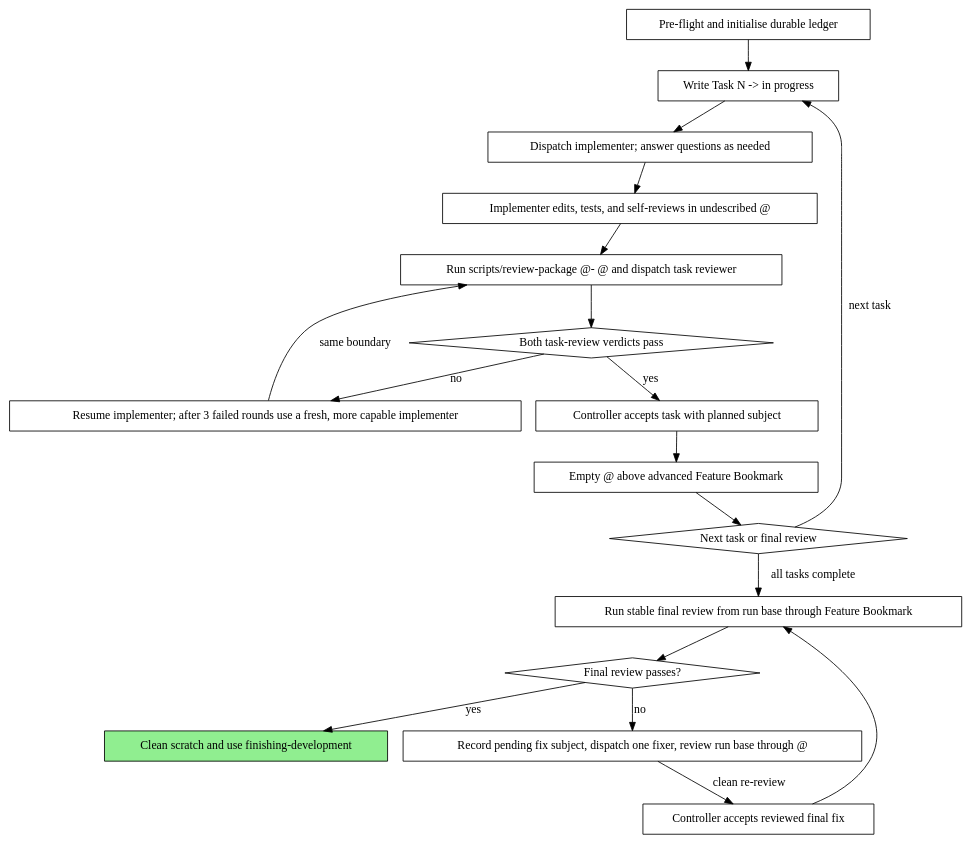
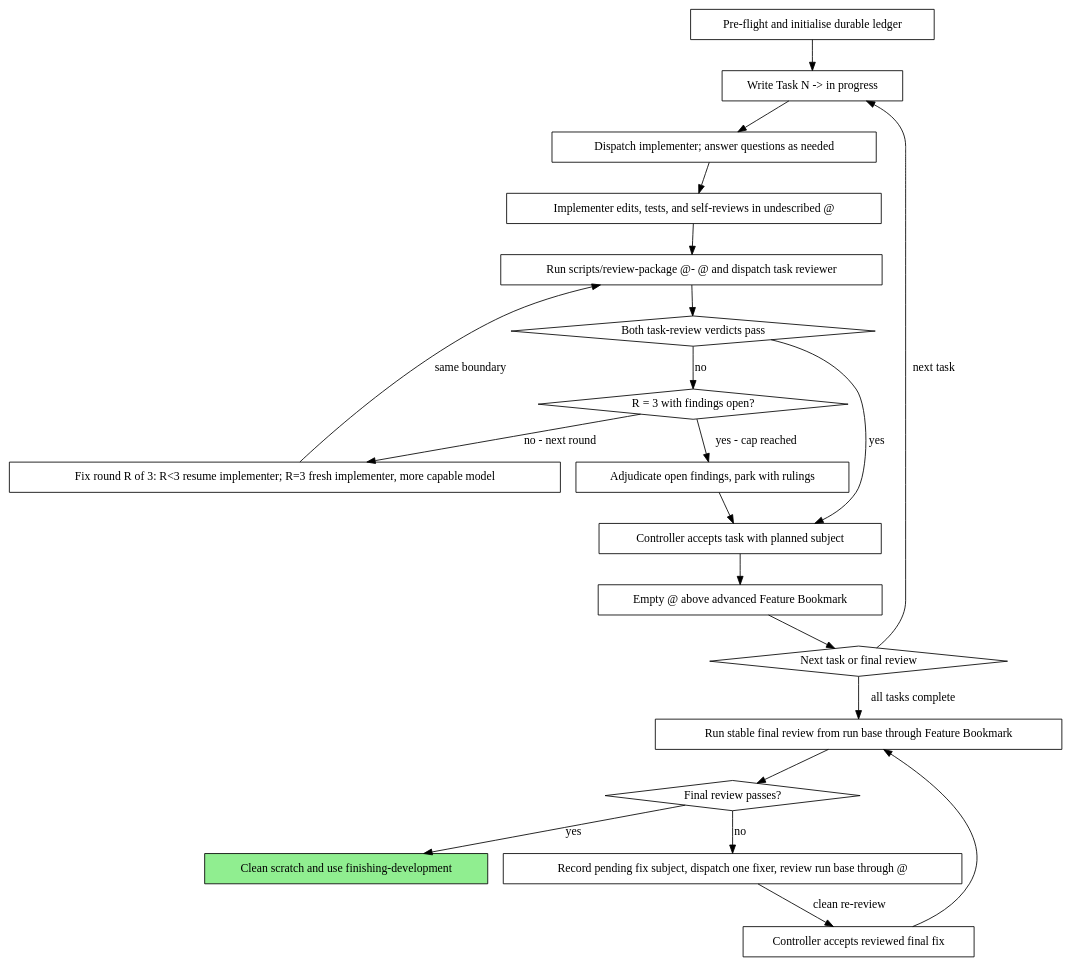
The second of 2 diagrams in skills/subagent-driven-development/SKILL.md (j10t-dev/1337-skills), drawn with Graphviz before and after one commit. The commit also changed other lines of this file and 4 other files, not shown here.

First line of the commit message:
feat: cap sdd fix rounds and adjudicate at the cap

````diff
--- a/skills/subagent-driven-development/SKILL.md
+++ b/skills/subagent-driven-development/SKILL.md
@@ -64,39 +64,44 @@
 ```dot
 digraph process {
     rankdir=TB;
 
     "Pre-flight and initialise durable ledger" [shape=box];
     "Write Task N -> in progress" [shape=box];
     "Dispatch implementer; answer questions as needed" [shape=box];
     "Implementer edits, tests, and self-reviews in undescribed @" [shape=box];
     "Run scripts/review-package @- @ and dispatch task reviewer" [shape=box];
     "Both task-review verdicts pass" [shape=diamond];
-    "Resume implementer; after 3 failed rounds use a fresh, more capable implementer" [shape=box];
+    "Fix round R of 3: R<3 resume implementer; R=3 fresh implementer, more capable model" [shape=box];
+    "R = 3 with findings open?" [shape=diamond];
+    "Adjudicate open findings, park with rulings" [shape=box];
     "Controller accepts task with planned subject" [shape=box];
     "Empty @ above advanced Feature Bookmark" [shape=box];
     "Next task or final review" [shape=diamond];
     "Run stable final review from run base through Feature Bookmark" [shape=box];
     "Final review passes?" [shape=diamond];
     "Record pending fix subject, dispatch one fixer, review run base through @" [shape=box];
     "Controller accepts reviewed final fix" [shape=box];
     "Clean scratch and use finishing-development" [shape=box style=filled fillcolor=lightgreen];
 
     "Pre-flight and initialise durable ledger" -> "Write Task N -> in progress";
     "Write Task N -> in progress" -> "Dispatch implementer; answer questions as needed";
     "Dispatch implementer; answer questions as needed" -> "Implementer edits, tests, and self-reviews in undescribed @";
     "Implementer edits, tests, and self-reviews in undescribed @" -> "Run scripts/review-package @- @ and dispatch task reviewer";
     "Run scripts/review-package @- @ and dispatch task reviewer" -> "Both task-review verdicts pass";
-    "Both task-review verdicts pass" -> "Resume implementer; after 3 failed rounds use a fresh, more capable implementer" [label="no"];
-    "Resume implementer; after 3 failed rounds use a fresh, more capable implementer" -> "Run scripts/review-package @- @ and dispatch task reviewer" [label="same boundary"];
+    "Both task-review verdicts pass" -> "R = 3 with findings open?" [label="no"];
+    "R = 3 with findings open?" -> "Fix round R of 3: R<3 resume implementer; R=3 fresh implementer, more capable model" [label="no - next round"];
+    "R = 3 with findings open?" -> "Adjudicate open findings, park with rulings" [label="yes - cap reached"];
+    "Fix round R of 3: R<3 resume implementer; R=3 fresh implementer, more capable model" -> "Run scripts/review-package @- @ and dispatch task reviewer" [label="same boundary"];
+    "Adjudicate open findings, park with rulings" -> "Controller accepts task with planned subject";
     "Both task-review verdicts pass" -> "Controller accepts task with planned subject" [label="yes"];
     "Controller accepts task with planned subject" -> "Empty @ above advanced Feature Bookmark";
     "Empty @ above advanced Feature Bookmark" -> "Next task or final review";
     "Next task or final review" -> "Write Task N -> in progress" [label="next task"];
     "Next task or final review" -> "Run stable final review from run base through Feature Bookmark" [label="all tasks complete"];
     "Run stable final review from run base through Feature Bookmark" -> "Final review passes?";
     "Final review passes?" -> "Clean scratch and use finishing-development" [label="yes"];
     "Final review passes?" -> "Record pending fix subject, dispatch one fixer, review run base through @" [label="no"];
     "Record pending fix subject, dispatch one fixer, review run base through @" -> "Controller accepts reviewed final fix" [label="clean re-review"];
     "Controller accepts reviewed final fix" -> "Run stable final review from run base through Feature Bookmark";
 }
 ```
````
